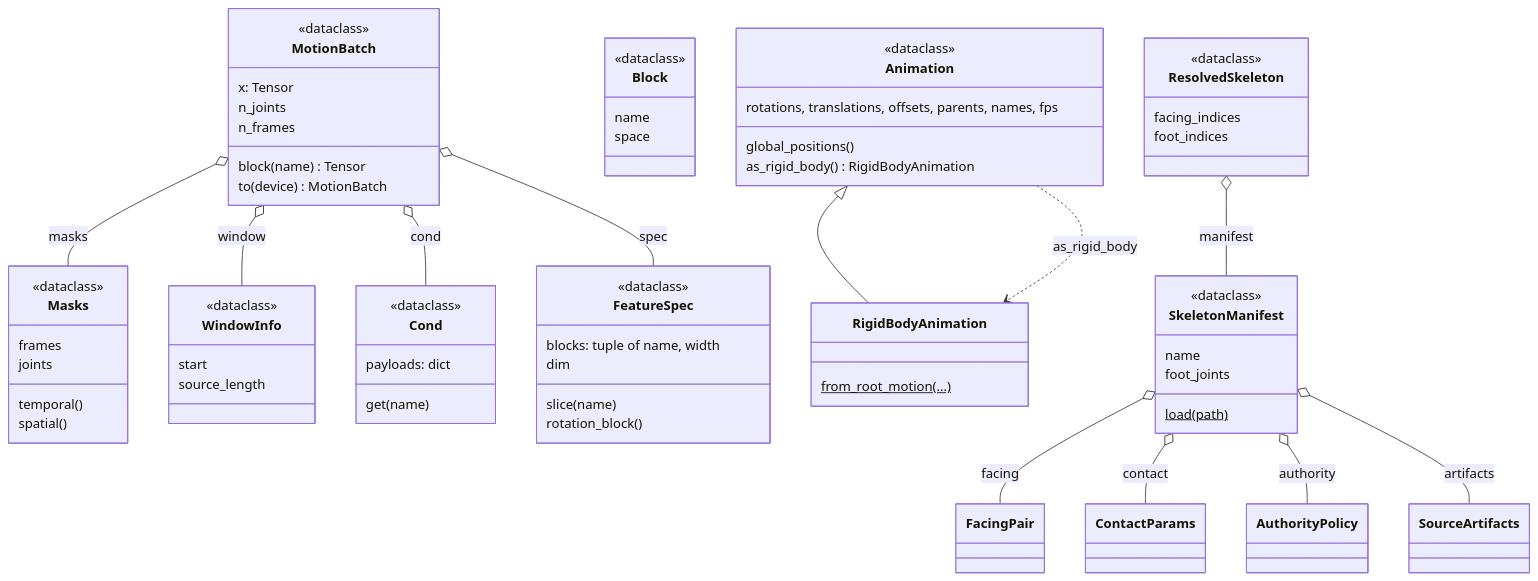
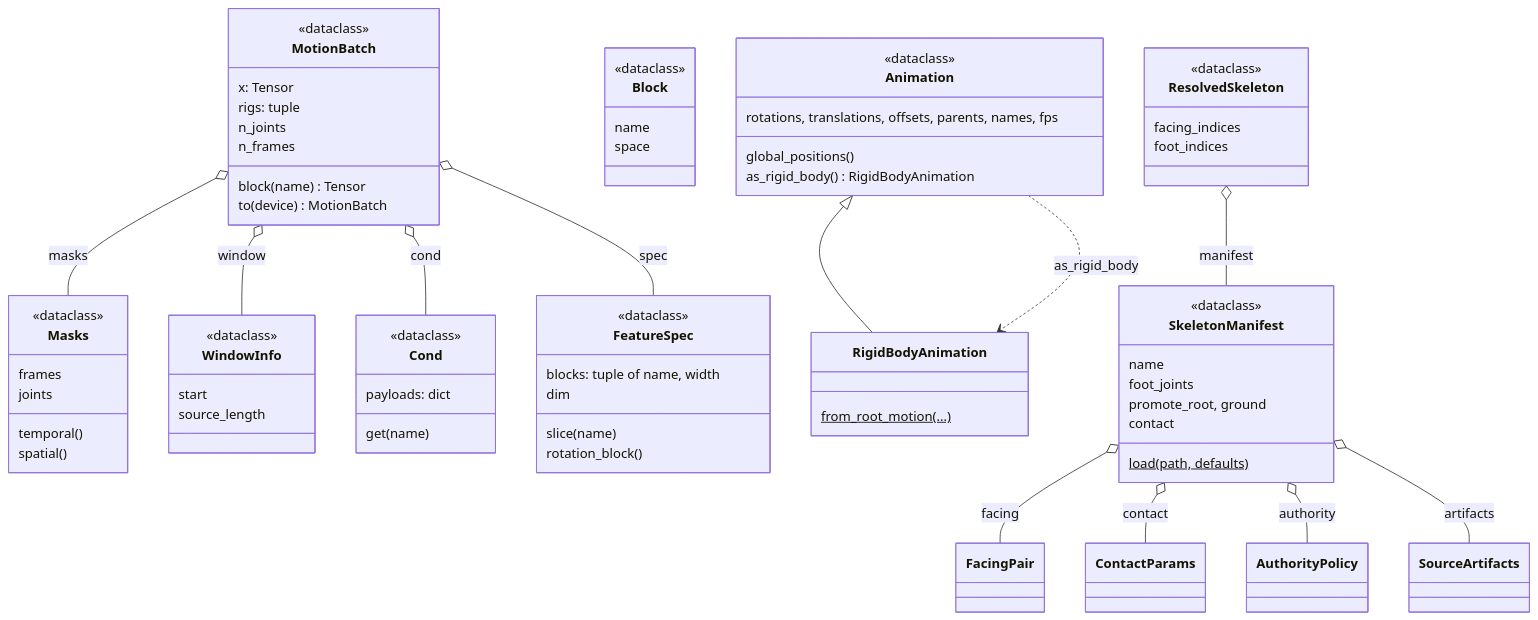
The diagram in docs/api/core/index.md (LuCazzola/PoseYdon), drawn with Mermaid before and after one commit. The commit also changed 157 other files, not shown here.

````diff
--- a/docs/api/core/index.md
+++ b/docs/api/core/index.md
@@ -29,73 +29,76 @@
 ```mermaid
 classDiagram
   direction TB
   class MotionBatch {
     <<dataclass>>
     x: Tensor
+    rigs: tuple
     n_joints
     n_frames
     block(name) Tensor
     to(device) MotionBatch
   }
   class Masks {
     <<dataclass>>
     frames
     joints
     temporal()
     spatial()
   }
   class WindowInfo {
     <<dataclass>>
     start
     source_length
   }
   class Cond {
     <<dataclass>>
     payloads: dict
     get(name)
   }
   class FeatureSpec {
     <<dataclass>>
     blocks: tuple of name, width
     dim
     slice(name)
     rotation_block()
   }
   class Block {
     <<dataclass>>
     name
     space
   }
   class Animation {
     <<dataclass>>
     rotations, translations, offsets, parents, names, fps
     global_positions()
     as_rigid_body() RigidBodyAnimation
   }
   class RigidBodyAnimation {
     from_root_motion(...)$
   }
   class SkeletonManifest {
     <<dataclass>>
     name
     foot_joints
-    load(path)$
+    promote_root, ground
+    contact
+    load(path, defaults)$
   }
   class ResolvedSkeleton {
     <<dataclass>>
     facing_indices
     foot_indices
   }
   MotionBatch o-- FeatureSpec : spec
   MotionBatch o-- Masks : masks
   MotionBatch o-- WindowInfo : window
   MotionBatch o-- Cond : cond
   Animation <|-- RigidBodyAnimation
   Animation ..> RigidBodyAnimation : as_rigid_body
   SkeletonManifest o-- FacingPair : facing
   SkeletonManifest o-- ContactParams : contact
   SkeletonManifest o-- AuthorityPolicy : authority
   SkeletonManifest o-- SourceArtifacts : artifacts
   ResolvedSkeleton o-- SkeletonManifest : manifest
   cssClass "MotionBatch,Masks,WindowInfo,Cond,FeatureSpec,Block,Animation,RigidBodyAnimation,SkeletonManifest,ResolvedSkeleton,FacingPair,ContactParams,AuthorityPolicy,SourceArtifacts" data
 ```
````
